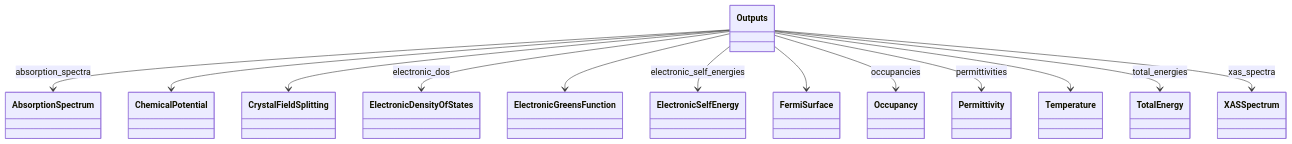
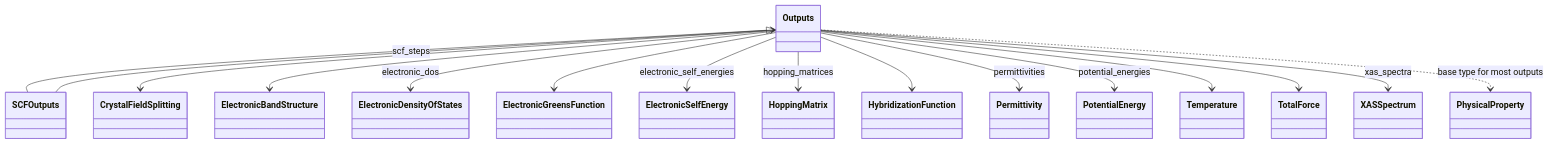
Before and after one commit to FAIRmat-NFDI/nomad-simulations: the first of 2 diagrams in docs/schema/outputs.diagram.md, drawn with Mermaid. The commit also changed other lines of this file and 41 other files, not shown here.

````diff
--- a/docs/schema/outputs.diagram.md
+++ b/docs/schema/outputs.diagram.md
@@ -16,41 +16,48 @@
 ```mermaid
 classDiagram
-    class AbsorptionSpectrum {
+    class CrystalFieldSplitting {
     }
-    class ChemicalPotential {
-    }
-    class CrystalFieldSplitting {
+    class ElectronicBandStructure {
     }
     class ElectronicDensityOfStates {
     }
     class ElectronicGreensFunction {
     }
     class ElectronicSelfEnergy {
     }
-    class FermiSurface {
+    class HoppingMatrix {
     }
-    class Occupancy {
+    class HybridizationFunction {
     }
     class Outputs {
     }
     class Permittivity {
     }
+    class PhysicalProperty {
+    }
+    class PotentialEnergy {
+    }
+    class SCFOutputs {
+    }
     class Temperature {
     }
-    class TotalEnergy {
+    class TotalForce {
     }
     class XASSpectrum {
     }
-    Outputs --> AbsorptionSpectrum : absorption_spectra
-    Outputs --> ChemicalPotential
+    Outputs <|-- SCFOutputs
     Outputs --> CrystalFieldSplitting
+    Outputs --> ElectronicBandStructure
     Outputs --> ElectronicDensityOfStates : electronic_dos
     Outputs --> ElectronicGreensFunction
     Outputs --> ElectronicSelfEnergy : electronic_self_energies
-    Outputs --> FermiSurface
-    Outputs --> Occupancy : occupancies
+    Outputs --> HoppingMatrix : hopping_matrices
+    Outputs --> HybridizationFunction
     Outputs --> Permittivity : permittivities
+    Outputs --> PotentialEnergy : potential_energies
     Outputs --> Temperature
-    Outputs --> TotalEnergy : total_energies
+    Outputs --> TotalForce
     Outputs --> XASSpectrum : xas_spectra
+    SCFOutputs --> Outputs : scf_steps
+    Outputs ..> PhysicalProperty : base type for most outputs
 ```
````
